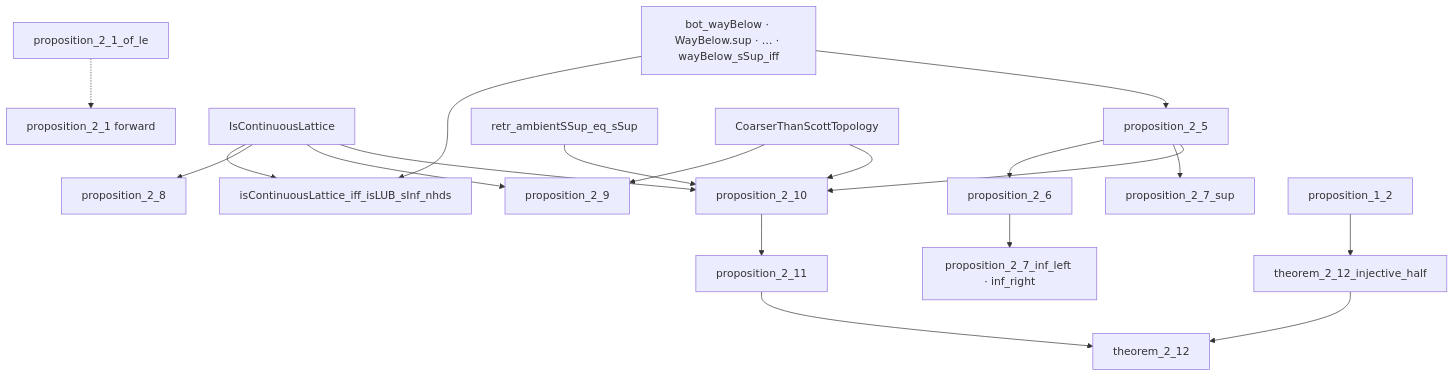
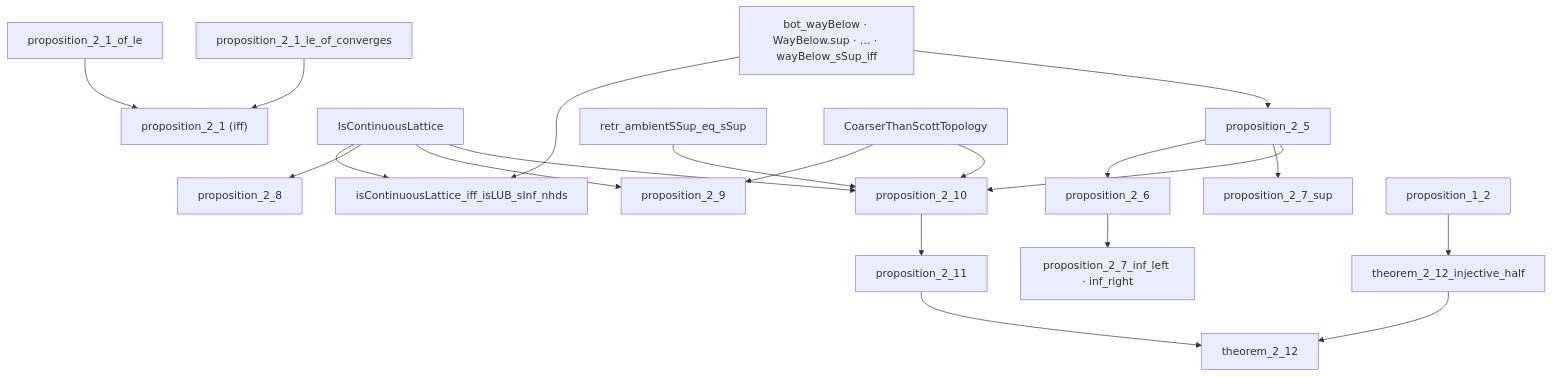
Before and after one commit to catskillsresearch/domain_theory: the fourth of 8 diagrams in arxiv.md, drawn with Mermaid. The commit also changed other lines of this file and 3 other files, not shown here.

````diff
--- a/arxiv.md
+++ b/arxiv.md
@@ -242,39 +258,41 @@
 ```mermaid
 flowchart TD
   P22["bot_wayBelow · WayBelow.sup · … · wayBelow_sSup_iff"]
   P21b["proposition_2_1_of_le"]
-  P21f["proposition_2_1 forward"]
+  P21f["proposition_2_1_le_of_converges"]
+  P21["proposition_2_1 (iff)"]
   D23["IsContinuousLattice"]
   P24["isContinuousLattice_iff_isLUB_sInf_nhds"]
   P25["proposition_2_5"]
   P26["proposition_2_6"]
   P27s["proposition_2_7_sup"]
   P27i["proposition_2_7_inf_left · inf_right"]
   P28["proposition_2_8"]
   P29["proposition_2_9"]
   P210["proposition_2_10"]
   P210L["retr_ambientSSup_eq_sSup"]
   P211["proposition_2_11"]
   T212["theorem_2_12"]
   T212h["theorem_2_12_injective_half"]
   MIL["CoarserThanScottTopology"]
 
   P22 --> P24
   D23 --> P24
   P22 --> P25
   P25 --> P26
   P26 --> P27i
   P25 --> P27s
   D23 --> P28
   D23 --> P29
   D23 --> P210
   P25 --> P210
   MIL --> P29
   MIL --> P210
   P210L --> P210
   P210 --> P211
   P211 --> T212
   P12["proposition_1_2"] --> T212h
   T212h --> T212
-  P21b -.-> P21f
+  P21b --> P21
+  P21f --> P21
 ```
````
